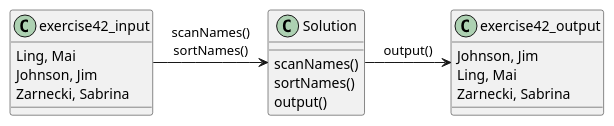
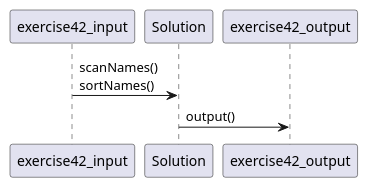
One commit to liamp616/pido-cop3330-assignment3 changed the diagram in src/main/java/oop/assignment3/ex41/base/diagram.puml. Above: the diagram before and after it, drawn with PlantUML. The commit also changed 12 other files, not shown here.

```diff
--- a/src/main/java/oop/assignment3/ex41/base/diagram.puml
+++ b/src/main/java/oop/assignment3/ex41/base/diagram.puml
@@ -1,25 +1,8 @@
 @startuml
 'https://plantuml.com/sequence-diagram
 
-class exercise42_input {
-    Ling, Mai
-    Johnson, Jim
-    Zarnecki, Sabrina
-}
-
-class Solution {
-    scanNames()
-    sortNames()
-    output()
-}
-
-class exercise42_output {
-    Johnson, Jim
-    Ling, Mai
-    Zarnecki, Sabrina
-}
 
 exercise42_input->Solution: scanNames()\nsortNames()
 Solution->exercise42_output: output()
 
 @enduml
```
